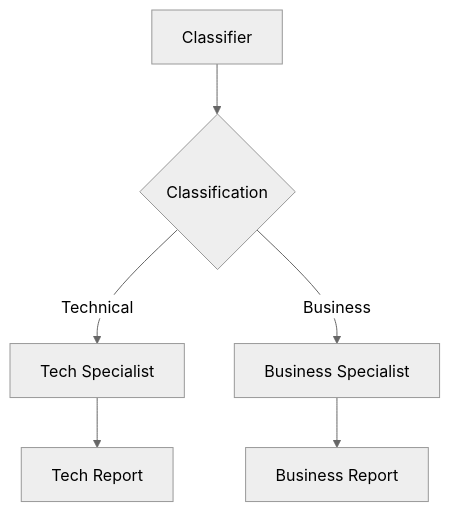
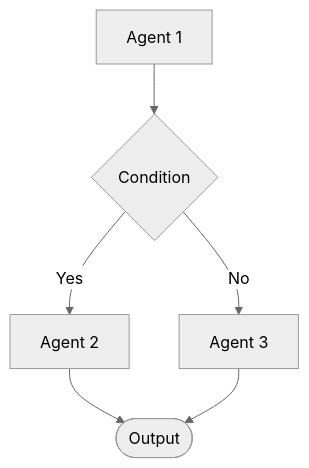
The first of 2 diagrams in path-strands-agent/skills/mermaid-diagrams/SKILL.md (muylucir/path), drawn with Mermaid (neutral theme) before and after one commit. The commit also changed other lines of this file and 25 other files, not shown here.

````diff
--- a/path-strands-agent/skills/mermaid-diagrams/SKILL.md
+++ b/path-strands-agent/skills/mermaid-diagrams/SKILL.md
@@ -83,8 +29,8 @@
 ```mermaid
 graph TD
-    A[Classifier] --> B{Classification}
-    B -->|Technical| C[Tech Specialist]
-    B -->|Business| D[Business Specialist]
-    C --> E[Tech Report]
-    D --> F[Business Report]
+    A[Agent 1] --> B{Condition}
+    B -->|Yes| C[Agent 2]
+    B -->|No| D[Agent 3]
+    C --> E([Output])
+    D --> E
 ```
````
